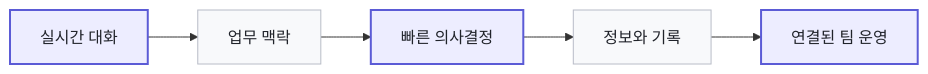
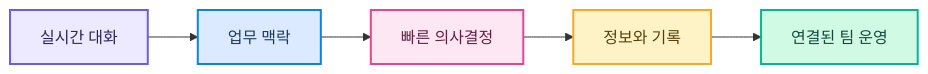
The first of 2 diagrams in README.md (hongseongug812-ui/workall), drawn with Mermaid before and after one commit. The commit also changed other lines of this file, not shown here.

````diff
--- a/README.md
+++ b/README.md
@@ -143,13 +150,13 @@
 ```mermaid
 flowchart LR
     CHAT[실시간 대화] --> CONTEXT[업무 맥락]
     CONTEXT --> DECISION[빠른 의사결정]
     DECISION --> RECORD[정보와 기록]
     RECORD --> TEAM[연결된 팀 운영]
 
-    style CHAT fill:#ededff,stroke:#5b5bd6,color:#20232a,stroke-width:2px
-    style CONTEXT fill:#f8f9fb,stroke:#b8bcc7,color:#20232a
-    style DECISION fill:#ededff,stroke:#5b5bd6,color:#20232a,stroke-width:2px
-    style RECORD fill:#f8f9fb,stroke:#b8bcc7,color:#20232a
-    style TEAM fill:#ededff,stroke:#5b5bd6,color:#20232a,stroke-width:2px
+    style CHAT fill:#EDE9FE,stroke:#6C5CE7,color:#2D255A,stroke-width:2px
+    style CONTEXT fill:#DBEAFE,stroke:#0984E3,color:#173B61,stroke-width:2px
+    style DECISION fill:#FCE7F3,stroke:#E84393,color:#642044,stroke-width:2px
+    style RECORD fill:#FEF3C7,stroke:#F9A826,color:#59400B,stroke-width:2px
+    style TEAM fill:#D1FAE5,stroke:#00B894,color:#124B3E,stroke-width:2px
 ```
````
